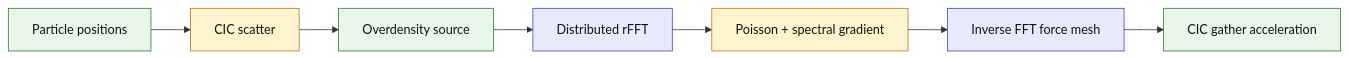
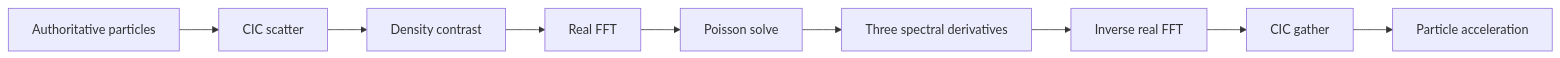
Before and after one commit to rouzib/PMpp: the diagram in docs/source/internals/particle_mesh.md, drawn with Mermaid. The commit also changed other lines of this file and 32 other files, not shown here.

````diff
--- a/docs/source/internals/particle_mesh.md
+++ b/docs/source/internals/particle_mesh.md
@@ -11,8 +8,11 @@
 ```{mermaid}
 flowchart LR
-  classDef state fill:#E8F5E9,stroke:#2E7D32,color:#111;
-  classDef op fill:#FFF3CD,stroke:#B7791F,color:#111;
-  classDef comm fill:#E8EAFB,stroke:#3949AB,color:#111;
-  classDef check fill:#FCE8E6,stroke:#C62828,color:#111;
-  A["Particle positions"]:::state --> B["CIC scatter"]:::op --> C["Overdensity source"]:::state --> D["Distributed rFFT"]:::comm --> E["Poisson + spectral gradient"]:::op --> F["Inverse FFT force mesh"]:::comm --> G["CIC gather acceleration"]:::state
+  A["Authoritative particles"] --> B["CIC scatter"]
+  B --> C["Density contrast"]
+  C --> D["Real FFT"]
+  D --> E["Poisson solve"]
+  E --> F["Three spectral derivatives"]
+  F --> G["Inverse real FFT"]
+  G --> H["CIC gather"]
+  H --> I["Particle acceleration"]
 ```
````
